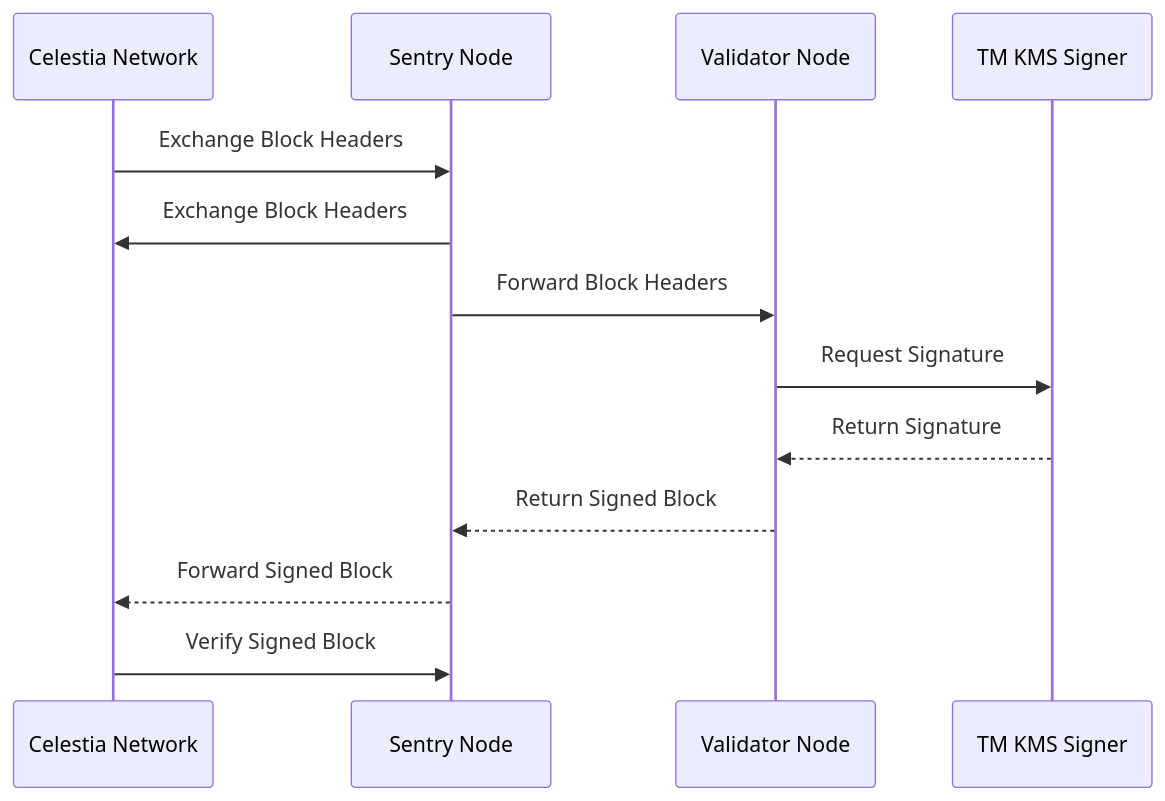
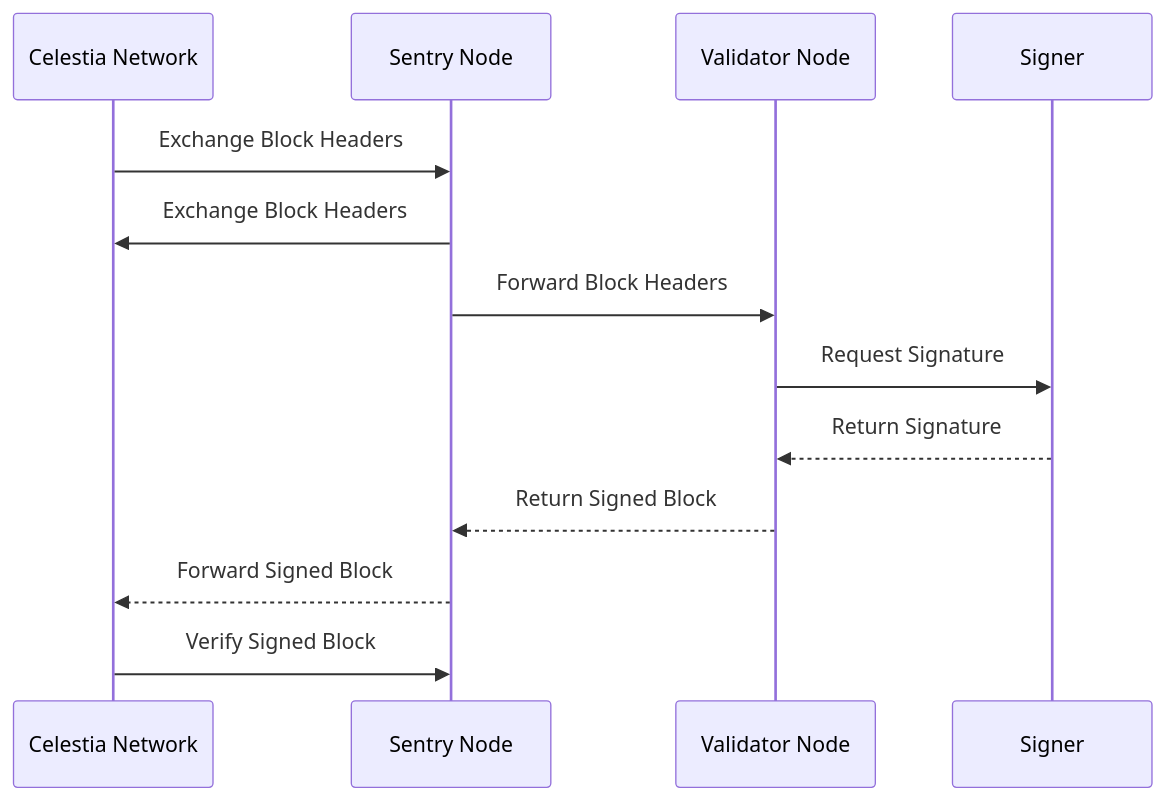
Before and after one commit to chaintrails/celestia-validator-playbooks: the diagram in README.md, drawn with Mermaid. The commit also changed other lines of this file, not shown here.

````diff
--- a/README.md
+++ b/README.md
@@ -15,15 +15,15 @@
 ```mermaid
 sequenceDiagram
     participant C as Celestia Network
     participant S as Sentry Node
     participant V as Validator Node
-    participant T as TM KMS Signer   
+    participant T as Signer   
     C->>S: Exchange Block Headers
     S->>C: Exchange Block Headers
     S->>V: Forward Block Headers
     V->>T: Request Signature
     T-->>V: Return Signature
     V-->>S: Return Signed Block 
     S-->>C: Forward Signed Block
     C->>S: Verify Signed Block
 ```
````
